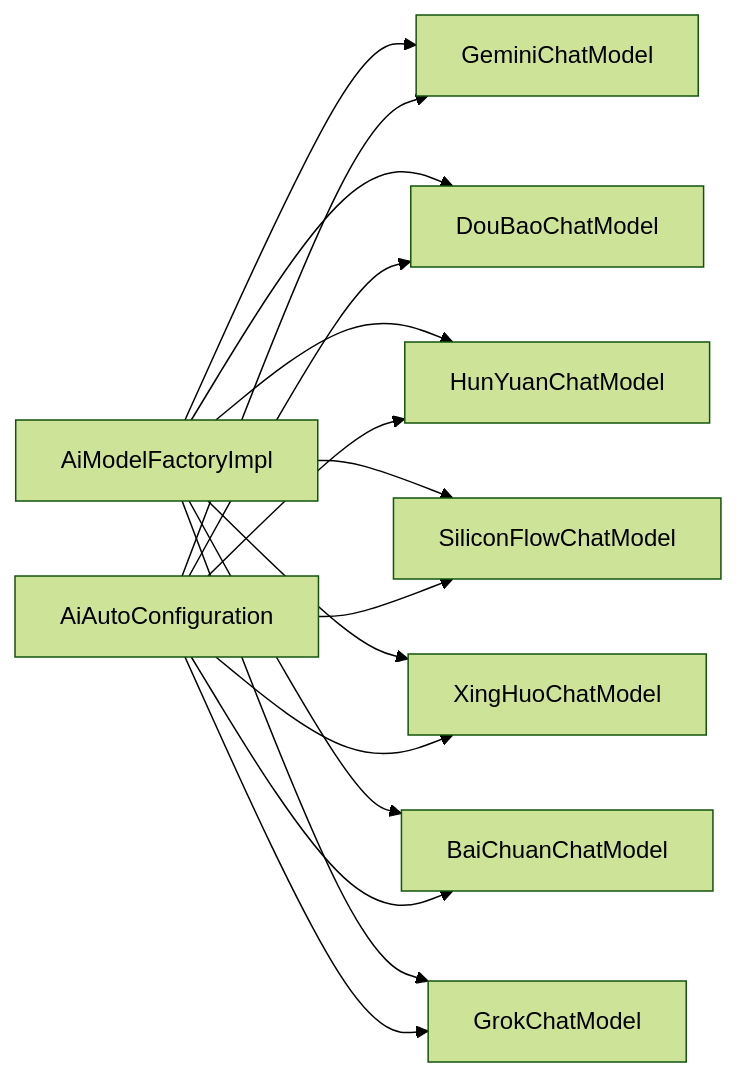
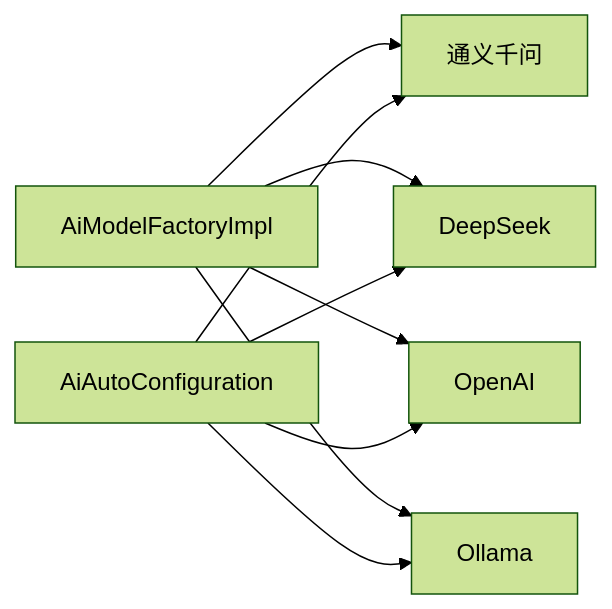
One commit to X555LB/data-ai changed the fourth of 4 diagrams in .qoder/repowiki/zh/content/AI模型管理/AI平台集成.md. Above: the diagram before and after it, drawn with Mermaid (forest theme). The commit also changed other lines of this file and 24 other files, not shown here.

Commit message:
refactor: 移除百川/Grok/混元/SiliconFlow/星火等第三方AI模型，精简AI平台支持

````diff
--- a/.qoder/repowiki/zh/content/AI模型管理/AI平台集成.md
+++ b/.qoder/repowiki/zh/content/AI模型管理/AI平台集成.md
@@ -360,17 +304,11 @@
 ```mermaid
 graph LR
-AFImpl["AiModelFactoryImpl"] --> GEM["GeminiChatModel"]
-AFImpl --> DOUB["DouBaoChatModel"]
-AFImpl --> HUNY["HunYuanChatModel"]
-AFImpl --> SIL["SiliconFlowChatModel"]
-AFImpl --> XH["XingHuoChatModel"]
-AFImpl --> BC["BaiChuanChatModel"]
-AFImpl --> GR["GrokChatModel"]
-AC["AiAutoConfiguration"] --> GEM
-AC --> DOUB
-AC --> HUNY
-AC --> SIL
-AC --> XH
-AC --> BC
-AC --> GR
+AFImpl["AiModelFactoryImpl"] --> TY["通义千问"]
+AFImpl --> DS["DeepSeek"]
+AFImpl --> OA["OpenAI"]
+AFImpl --> OL["Ollama"]
+AC["AiAutoConfiguration"] --> TY
+AC --> DS
+AC --> OA
+AC --> OL
 ```
````
